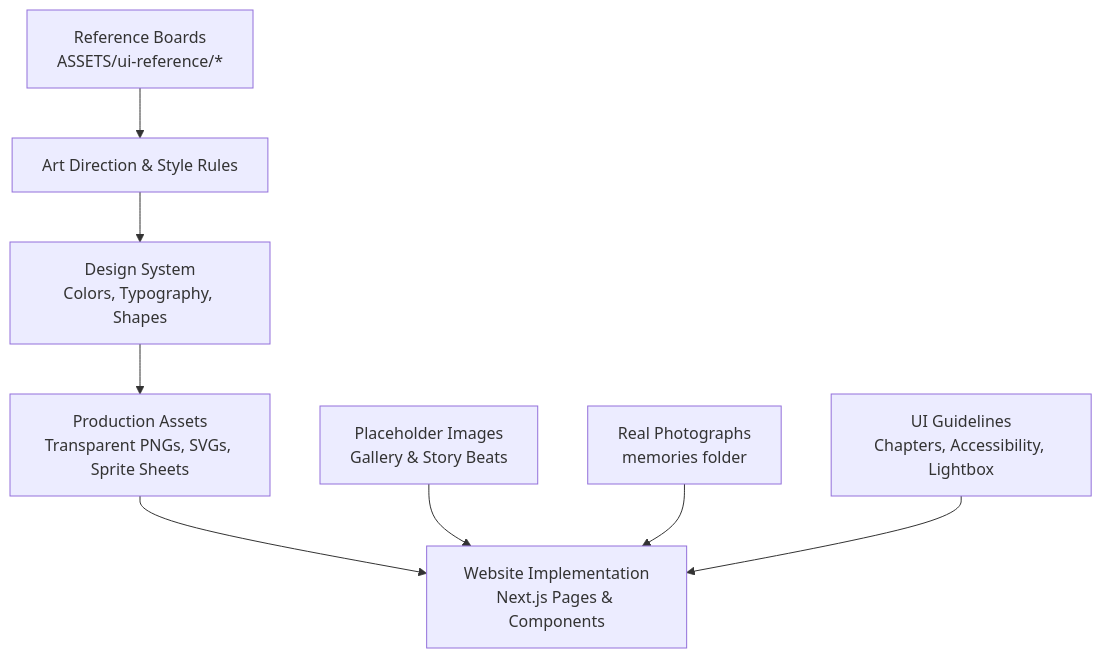
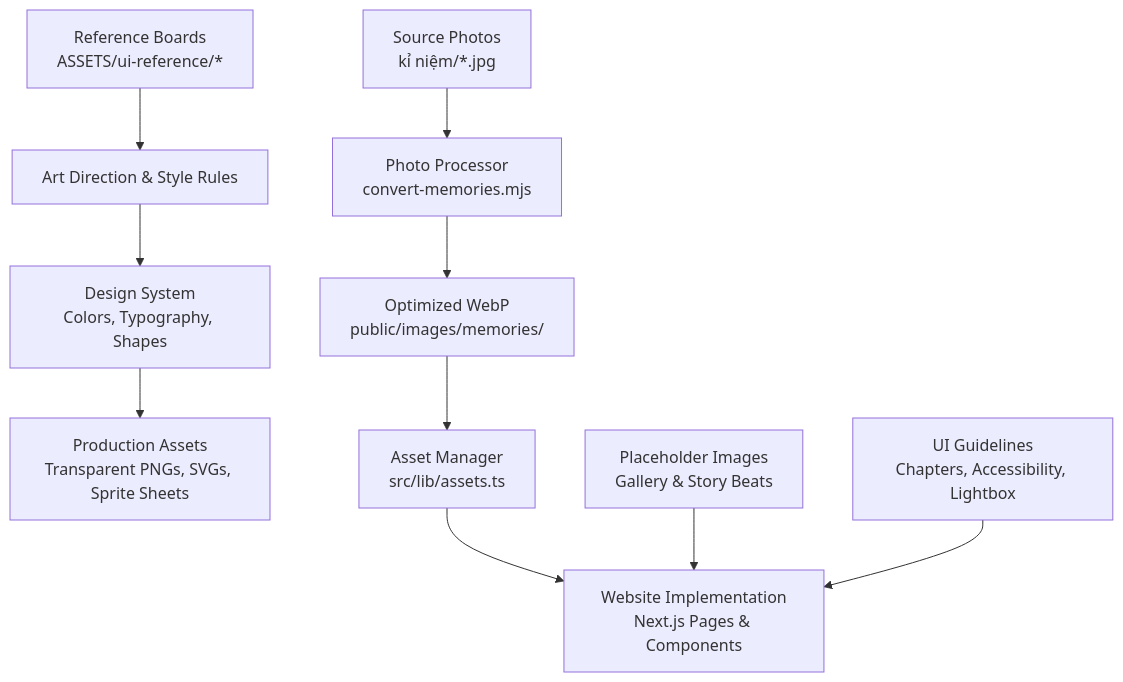
The second of 8 diagrams in .qoder/repowiki/en/content/Asset Management and References.md (quangkiet1/anh-xin-loi), drawn with Mermaid before and after one commit. The commit also changed other lines of this file and 13 other files, not shown here.

````diff
--- a/.qoder/repowiki/en/content/Asset Management and References.md
+++ b/.qoder/repowiki/en/content/Asset Management and References.md
@@ -88,10 +111,12 @@
 ```mermaid
 flowchart TD
 RefBoards["Reference Boards<br/>ASSETS/ui-reference/*"] --> ArtDirection["Art Direction & Style Rules"]
 ArtDirection --> DesignSystem["Design System<br/>Colors, Typography, Shapes"]
 DesignSystem --> ProductionAssets["Production Assets<br/>Transparent PNGs, SVGs, Sprite Sheets"]
-ProductionAssets --> Website["Website Implementation<br/>Next.js Pages & Components"]
+SourcePhotos["Source Photos<br/>kỉ niệm/*.jpg"] --> PhotoProcessor["Photo Processor<br/>convert-memories.mjs"]
+PhotoProcessor --> OptimizedWebP["Optimized WebP<br/>public/images/memories/"]
+OptimizedWebP --> AssetManager["Asset Manager<br/>src/lib/assets.ts"]
+AssetManager --> Website["Website Implementation<br/>Next.js Pages & Components"]
 Placeholders["Placeholder Images<br/>Gallery & Story Beats"] --> Website
-RealPhotos["Real Photographs<br/>memories folder"] --> Website
 Guidelines["UI Guidelines<br/>Chapters, Accessibility, Lightbox"] --> Website
 ```
````
